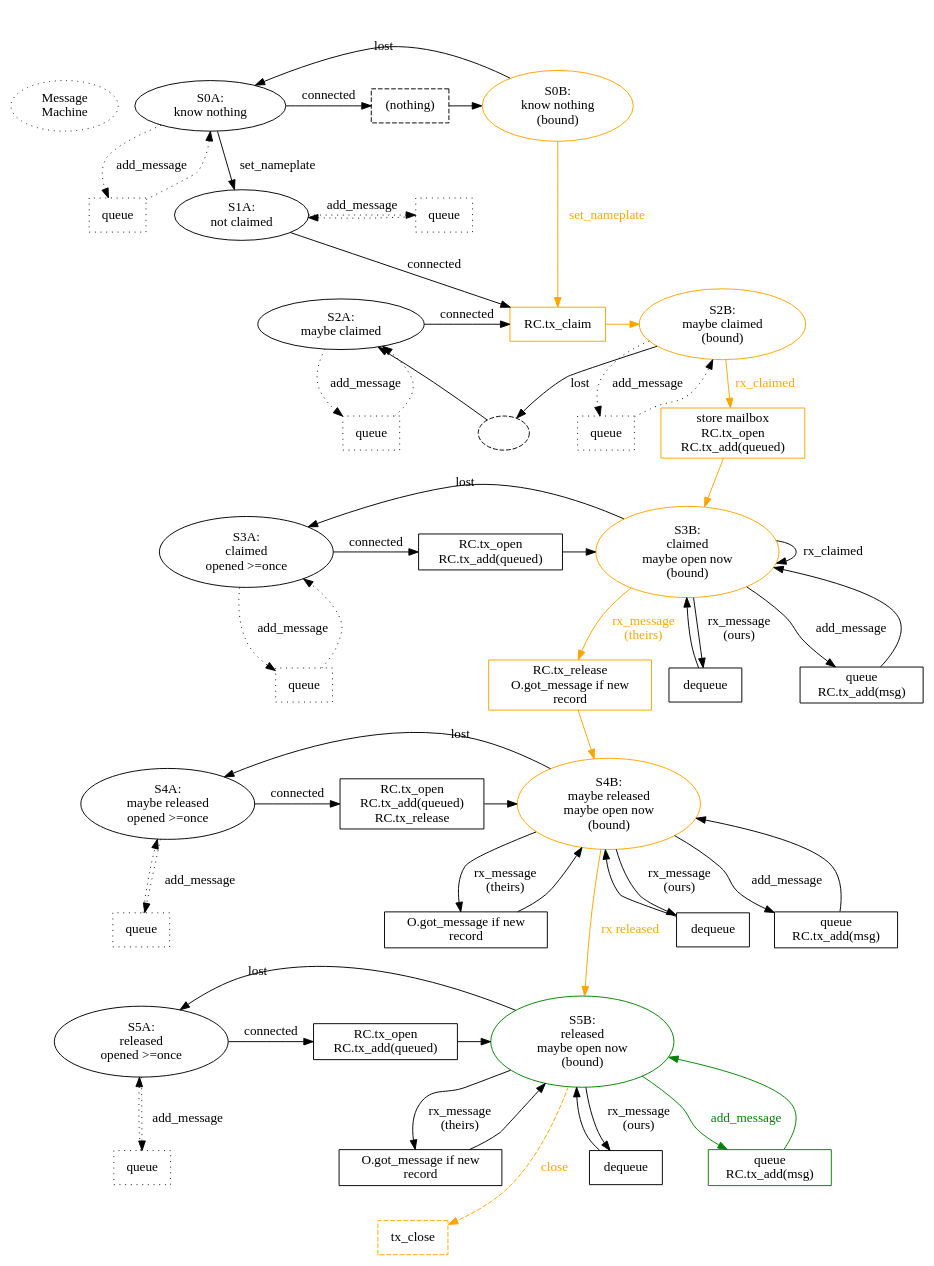
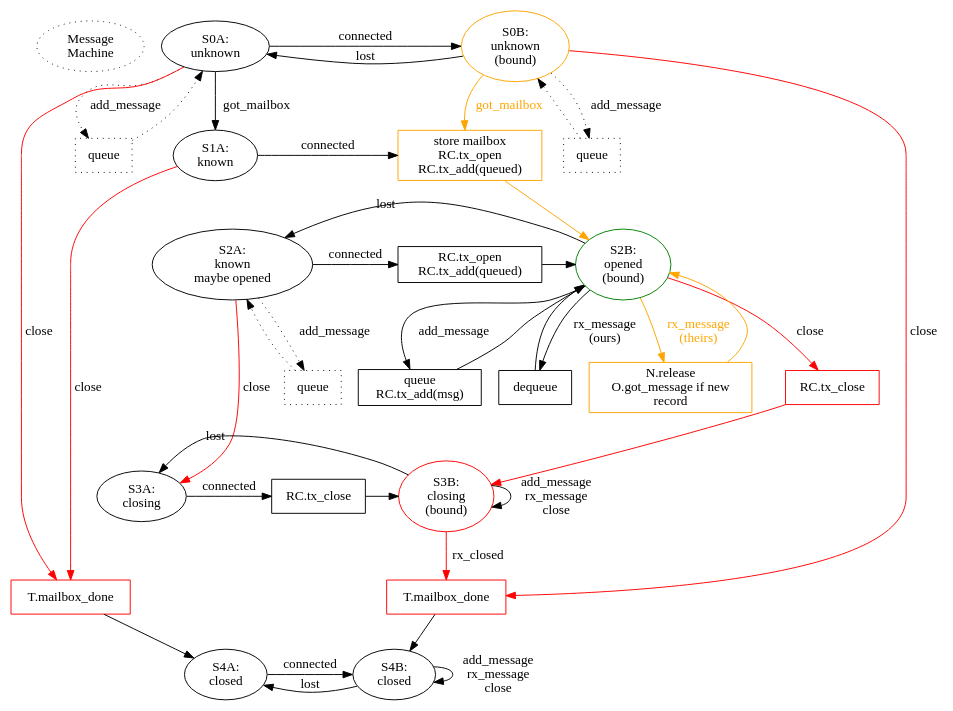
Before and after one commit to magic-wormhole/magic-wormhole: the diagram in docs/mailbox.dot, drawn with Graphviz. The commit also changed 5 other files, not shown here.

First line of the commit message:
dot: split Mailbox and Nameplate into separate machines

```diff
--- a/docs/mailbox.dot
+++ b/docs/mailbox.dot
@@ -1,176 +1,95 @@
 digraph {
         /* new idea */
 
         title [label="Message\nMachine" style="dotted"]
 
-        {rank=same; S0A P0_connected S0B}
-        S0A [label="S0A:\nknow nothing"]
-        S0B [label="S0B:\nknow nothing\n(bound)" color="orange"]
-        S0A -> P0_connected [label="connected"]
-        P0_connected [label="(nothing)" shape="box" style="dashed"]
-        P0_connected -> S0B
+        {rank=same; S0A S0B}
+        S0A [label="S0A:\nunknown"]
+        S0A -> S0B [label="connected"]
+        S0B [label="S0B:\nunknown\n(bound)" color="orange"]
+
         S0B -> S0A [label="lost"]
 
-        S0A -> S1A [label="set_nameplate"]
-        S0B -> P2_connected [label="set_nameplate" color="orange" fontcolor="orange"]
+        S0A -> P0A_queue [label="add_message" style="dotted"]
         P0A_queue [shape="box" label="queue" style="dotted"]
-        S0A -> P0A_queue [label="add_message" style="dotted"]
         P0A_queue -> S0A [style="dotted"]
+        S0B -> P0B_queue [label="add_message" style="dotted"]
+        P0B_queue [shape="box" label="queue" style="dotted"]
+        P0B_queue -> S0B [style="dotted"]
 
-        {rank=same; S1A P1A_queue}
-        S1A [label="S1A:\nnot claimed"]
-        S1A -> P2_connected [label="connected"]
-        S1A -> P1A_queue [label="add_message" style="dotted"]
-        P1A_queue [shape="box" label="queue" style="dotted"]
-        P1A_queue -> S1A [style="dotted"]
+        subgraph {rank=same; S1A P_open}
+        S0A -> S1A [label="got_mailbox"]
+        S1A [label="S1A:\nknown"]
+        S1A -> P_open [label="connected"]
+        S1A -> S2A [style="invis"]
+        P_open -> P2_connected [style="invis"]
 
-        {rank=same; S2A P2_connected S2B}
-        S2A [label="S2A:\nmaybe claimed"]
+        S0A -> S2A [style="invis"]
+        S0B -> P_open [label="got_mailbox" color="orange" fontcolor="orange"]
+        P_open [shape="box"
+                label="store mailbox\nRC.tx_open\nRC.tx_add(queued)" color="orange"]
+        P_open -> S2B [color="orange"]
+
+        subgraph {rank=same; S2A S2B P2_connected}
+        S2A [label="S2A:\nknown\nmaybe opened"]
+        S2B [label="S2B:\nopened\n(bound)" color="green"]
         S2A -> P2_connected [label="connected"]
-        P2_connected [shape="box" label="RC.tx_claim" color="orange"]
-        P2_connected -> S2B [color="orange"]
-        S2B [label="S2B:\nmaybe claimed\n(bound)" color="orange"]
-        #S2B -> SrB [label="close()" style="dashed"]
-        #SrB [label="SrB" style="dashed"]
-        #S2A -> SrA [label="close()" style="dashed"]
-        #SrA [label="SrA" style="dashed"]
+        S2B -> S2A [label="lost"]
 
-        #S2B -> S2A [label="lost"] # causes bad layout
-        S2B -> foo [label="lost"]
-        foo [label="" style="dashed"]
-        foo -> S2A
+        P2_connected [shape="box" label="RC.tx_open\nRC.tx_add(queued)"]
+        P2_connected -> S2B
 
-        S2A -> P2C_queue [label="add_message" style="dotted"]
-        P2C_queue [shape="box" label="queue" style="dotted"]
-        P2C_queue -> S2A [style="dotted"]
-        S2B -> P2B_queue [label="add_message" style="dotted"]
-        P2B_queue [shape="box" label="queue" style="dotted"]
-        P2B_queue -> S2B [style="dotted"]
+        S2A -> P2_queue [label="add_message" style="dotted"]
+        P2_queue [shape="box" label="queue" style="dotted"]
+        P2_queue -> S2A [style="dotted"]
 
-        S1A -> S3A [label="(none)" style="invis"]
-        S2B -> P_open [label="rx_claimed" color="orange" fontcolor="orange"]
-        P_open [shape="box" label="store mailbox\nRC.tx_open\nRC.tx_add(queued)" color="orange"]
-        P_open -> S3B [color="orange"]
+        S2B -> P2_send [label="add_message"]
+        P2_send [shape="box" label="queue\nRC.tx_add(msg)"]
+        P2_send -> S2B
 
-        subgraph {rank=same; S3A S3B P3_connected}
-        S3A [label="S3A:\nclaimed\nopened >=once"]
-        S3B [label="S3B:\nclaimed\nmaybe open now\n(bound)" color="orange"]
+        {rank=same; P2_send P2_close P2_process_theirs}
+        P2_process_theirs -> P2_close [style="invis"]
+        S2B -> P2_process_ours [label="rx_message\n(ours)"]
+        P2_process_ours [shape="box" label="dequeue"]
+        P2_process_ours -> S2B
+        S2B -> P2_process_theirs [label="rx_message\n(theirs)"
+                                  color="orange" fontcolor="orange"]
+        P2_process_theirs [shape="box" color="orange"
+                           label="N.release\nO.got_message if new\nrecord"
+                           ]
+        P2_process_theirs -> S2B [color="orange"]
+
+        S2B -> P2_close [label="close" color="red"]
+        P2_close [shape="box" label="RC.tx_close" color="red"]
+        P2_close -> S3B [color="red"]
+
+        subgraph {rank=same; S3A P3_connected S3B}
+        S3A [label="S3A:\nclosing"]
         S3A -> P3_connected [label="connected"]
+        P3_connected [shape="box" label="RC.tx_close"]
+        P3_connected -> S3B
+        #S3A -> S3A [label="add_message"] # implicit
+        S3B [label="S3B:\nclosing\n(bound)" color="red"]
+        S3B -> S3B [label="add_message\nrx_message\nclose"]
         S3B -> S3A [label="lost"]
 
-        P3_connected [shape="box" label="RC.tx_open\nRC.tx_add(queued)"]
-        P3_connected -> S3B
+        subgraph {rank=same; P3A_done P3B_done}
+        P3A_done [shape="box" label="T.mailbox_done" color="red"]
+        P3A_done -> S4A
+        S3B -> P3B_done [label="rx_closed" color="red"]
+        P3B_done [shape="box" label="T.mailbox_done" color="red"]
+        P3B_done -> S4B
 
-        S3A -> P3_queue [label="add_message" style="dotted"]
-        P3_queue [shape="box" label="queue" style="dotted"]
-        P3_queue -> S3A [style="dotted"]
+        subgraph {rank=same; S4A S4B}
+        S4A [label="S4A:\nclosed"]
+        S4B [label="S4B:\nclosed"]
+        S4A -> S4B [label="connected"]
+        S4B -> S4A [label="lost"]
+        S4B -> S4B [label="add_message\nrx_message\nclose"]
 
-        S3B -> S3B [label="rx_claimed"]
-
-        S3B -> P3_send [label="add_message"]
-        P3_send [shape="box" label="queue\nRC.tx_add(msg)"]
-        P3_send -> S3B
-
-        S3A -> S4A [label="(none)" style="invis"]
-        S3B -> P3_process_ours [label="rx_message\n(ours)"]
-        P3_process_ours [shape="box" label="dequeue"]
-        P3_process_ours -> S3B
-        S3B -> P3_process_theirs [label="rx_message\n(theirs)"
-                                      color="orange" fontcolor="orange"]
-        P3_process_theirs [shape="box" color="orange"
-                           label="RC.tx_release\nO.got_message if new\nrecord"
-                           ]
-        /* pay attention to the race here: this process_message() will
-        deliver msg_pake to the WormholeMachine, which will compute_key() and
-        send(version), and we're in between S1A (where send gets
-        queued) and S3A (where send gets sent and queued), and we're no
-        longer passing through the P3_connected phase (which drains the queue).
-        So there's a real possibility of the outbound msg_version getting
-        dropped on the floor, or put in a queue but never delivered. */
-        P3_process_theirs -> S4B [color="orange"]
-
-        subgraph {rank=same; S4A P4_connected S4B}
-        S4A [label="S4A:\nmaybe released\nopened >=once\n"]
-
-        S4B [label="S4B:\nmaybe released\nmaybe open now\n(bound)" color="orange"]
-        S4A -> P4_connected [label="connected"]
-        P4_connected [shape="box" label="RC.tx_open\nRC.tx_add(queued)\nRC.tx_release"]
-        S4B -> P4_send [label="add_message"]
-        P4_send [shape="box" label="queue\nRC.tx_add(msg)"]
-        P4_send -> S4B
-        S4A -> P4_queue [label="add_message" style="dotted"]
-        P4_queue [shape="box" label="queue" style="dotted"]
-        P4_queue -> S4A [style="dotted"]
-
-        P4_connected -> S4B
-        S4B -> S4A [label="lost"]
-        S4B -> P4_process_ours [label="rx_message\n(ours)"]
-        P4_process_ours [shape="box" label="dequeue"]
-        P4_process_ours -> S4B
-        S4B -> P4_process_theirs [label="rx_message\n(theirs)"]
-        P4_process_theirs [shape="box" label="O.got_message if new\nrecord"]
-        P4_process_theirs -> S4B
-
-        S4A -> S5A [label="(none)" style="invis"]
-        S4B -> S5B [label="rx released" color="orange" fontcolor="orange"]
-
-        P4_queue -> S5A [style="invis"]
-        subgraph {S5A P5_connected S5B}
-        {rank=same; S5A P5_connected S5B}
-
-        S5A [label="S5A:\nreleased\nopened >=once"]
-        S5A -> P5_connected [label="connected"]
-        P5_connected [shape="box" label="RC.tx_open\nRC.tx_add(queued)"]
-
-        S5B -> P5_send [label="add_message" color="green" fontcolor="green"]
-        P5_send [shape="box" label="queue\nRC.tx_add(msg)" color="green"]
-        P5_send -> S5B [color="green"]
-        S5A -> P5_queue [label="add_message" style="dotted"]
-        P5_queue [shape="box" label="queue" style="dotted"]
-        P5_queue -> S5A [style="dotted"]
-
-        P5_connected -> S5B
-        S5B [label="S5B:\nreleased\nmaybe open now\n(bound)" color="green"]
-        S5B -> S5A [label="lost"]
-
-        S5B -> P5_process_ours [label="rx_message\n(ours)"]
-        P5_process_ours [shape="box" label="dequeue"]
-        P5_process_ours -> S5B
-        S5B -> P5_process_theirs [label="rx_message\n(theirs)"]
-        P5_process_theirs [shape="box" label="O.got_message if new\nrecord"]
-        P5_process_theirs -> S5B
-
-        foo5 [label="" style="invis"]
-        S5A -> foo5 [style="invis"]
-        foo5 -> P5_close [style="invis"]
-        S5B -> P5_close [label="close" style="dashed" color="orange" fontcolor="orange"]
-        P5_close [shape="box" label="tx_close" style="dashed" color="orange"]
-
+        S0A -> P3A_done [label="close" color="red"]
+        S0B -> P3B_done [label="close" color="red"]
+        S1A -> P3A_done [label="close" color="red"]
+        S2A -> S3A [label="close" color="red"]
+        
 }
-
-/*
-
-Can this be split into one machine for the Nameplate, and a second for the
-Mailbox?
-
-Nameplate:
-
-* 0: know nothing (connected, not connected)
-* 1: know nameplate, never claimed, need to claim
-* 2: maybe claimed, need to claim
-* 3: definitely claimed, need to claim
-* 4: definitely claimed, need to release
-* 5: maybe released
-* 6: definitely released
-
-Mailbox:
-* 0: unknown
-* 1: know mailbox, need open, not open
-* 2: know mailbox, need open, maybe open
-* 3: definitely open, need open
-* 4: need closed, maybe open
-* 5: need closed, maybe closed ?
-* 6: definitely closed
-
-
-*/
```
